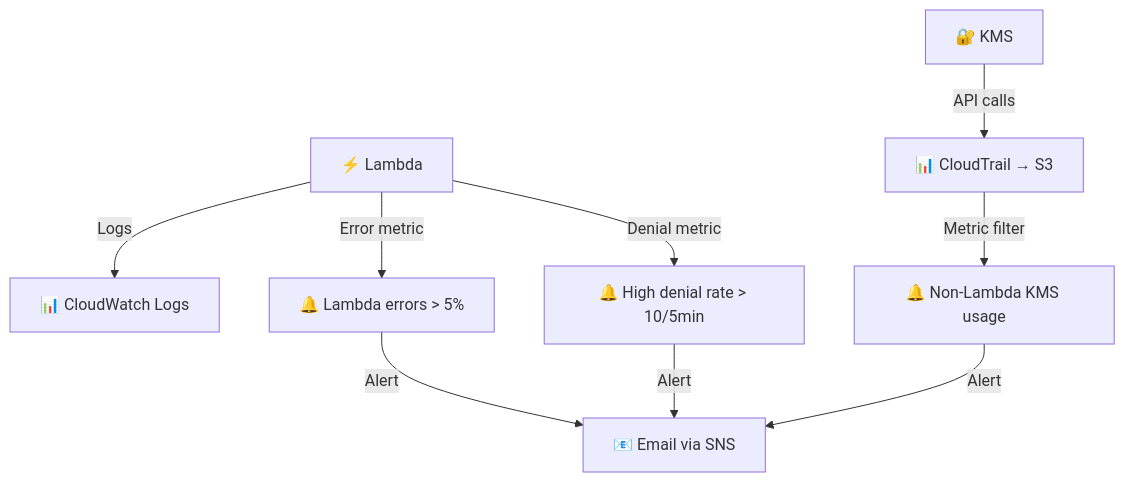
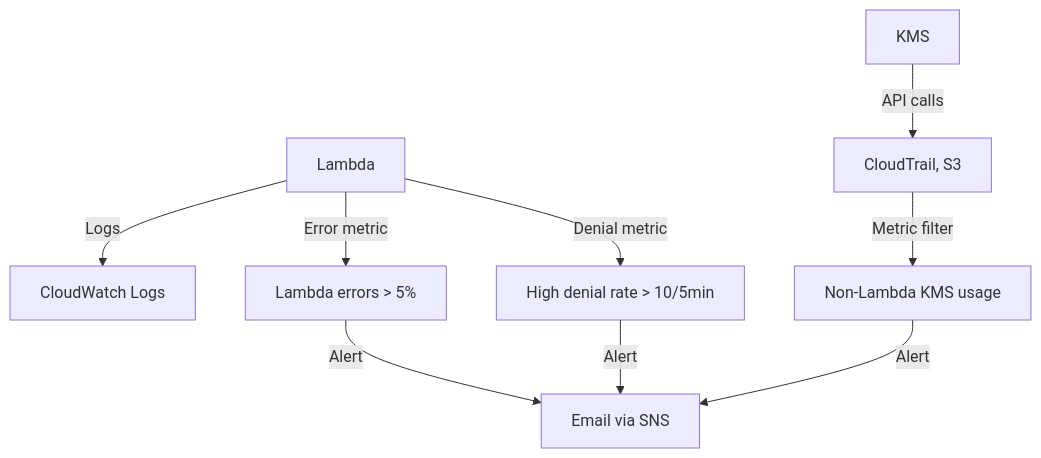
The second of 2 diagrams in docs/threat-model.md (umarhashmi2002/hedera-kms-signer), drawn with Mermaid before and after one commit. The commit also changed other lines of this file and 3 other files, not shown here.

````diff
--- a/docs/threat-model.md
+++ b/docs/threat-model.md
@@ -174,11 +174,11 @@
 ```mermaid
 graph TB
-    Lambda[⚡ Lambda] -->|Logs| CWLogs[📊 CloudWatch Logs]
-    KMS[🔐 KMS] -->|API calls| CT[📊 CloudTrail → S3]
-    CT -->|Metric filter| A1[🔔 Non-Lambda KMS usage]
-    Lambda -->|Error metric| A2[🔔 Lambda errors > 5%]
-    Lambda -->|Denial metric| A3[🔔 High denial rate > 10/5min]
-    A1 -->|Alert| SNS[📧 Email via SNS]
+    Lambda[Lambda] -->|Logs| CWLogs[CloudWatch Logs]
+    KMS[KMS] -->|API calls| CT[CloudTrail, S3]
+    CT -->|Metric filter| A1[Non-Lambda KMS usage]
+    Lambda -->|Error metric| A2[Lambda errors > 5%]
+    Lambda -->|Denial metric| A3[High denial rate > 10/5min]
+    A1 -->|Alert| SNS[Email via SNS]
     A2 -->|Alert| SNS
     A3 -->|Alert| SNS
 ```
````
